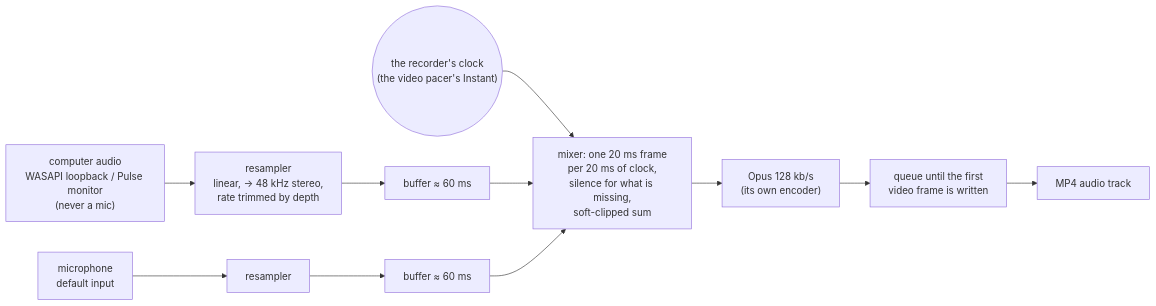
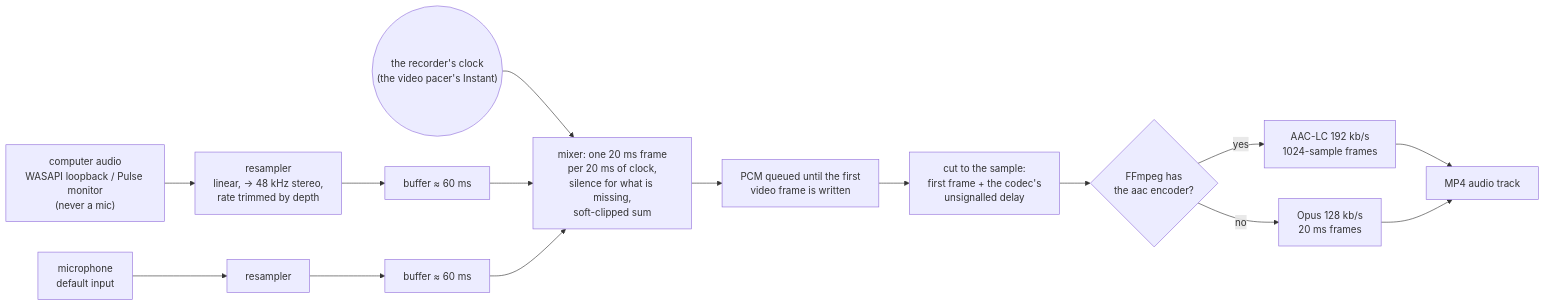
One commit to gjovanov/roomler-ai changed the seventh of 14 diagrams in docs/recording.md. Above: the diagram before and after it, drawn with Mermaid. The commit also changed other lines of this file and 10 other files, not shown here.

````diff
--- a/docs/recording.md
+++ b/docs/recording.md
@@ -617,11 +617,14 @@
 ```mermaid
 flowchart LR
     S["computer audio<br/>WASAPI loopback / Pulse monitor<br/>(never a mic)"] --> RS["resampler<br/>linear, → 48 kHz stereo,<br/>rate trimmed by depth"]
     M["microphone<br/>default input"] --> RM["resampler"]
     RS --> BS["buffer ≈ 60 ms"]
     RM --> BM["buffer ≈ 60 ms"]
     C(("the recorder's clock<br/>(the video pacer's Instant)")) --> X
     BS --> X["mixer: one 20 ms frame<br/>per 20 ms of clock,<br/>silence for what is missing,<br/>soft-clipped sum"]
     BM --> X
-    X --> O["Opus 128 kb/s<br/>(its own encoder)"] --> Q["queue until the first<br/>video frame is written"] --> W["MP4 audio track"]
+    X --> Q["PCM queued until the first<br/>video frame is written"] --> T["cut to the sample:<br/>first frame + the codec's<br/>unsignalled delay"]
+    T --> O{"FFmpeg has<br/>the aac encoder?"}
+    O -- yes --> A["AAC-LC 192 kb/s<br/>1024-sample frames"] --> W["MP4 audio track"]
+    O -- no --> P["Opus 128 kb/s<br/>20 ms frames"] --> W
 ```
````
